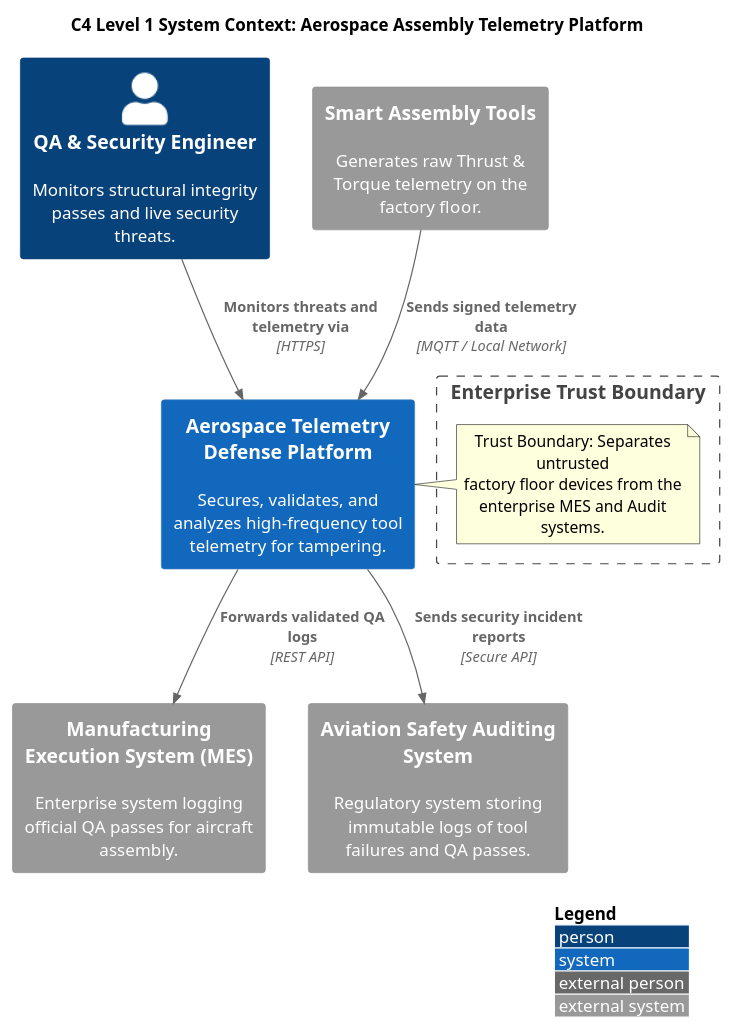
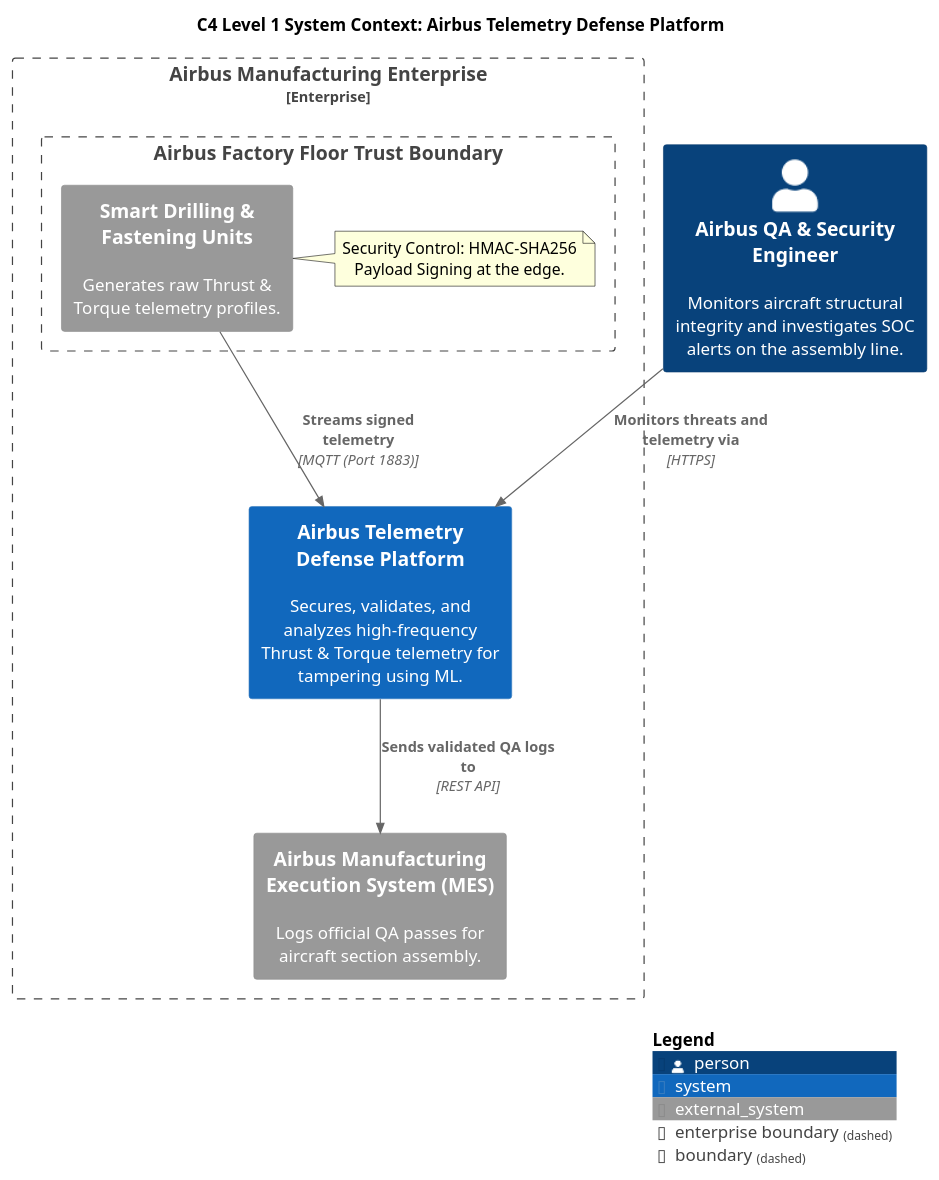
One commit to metgudV/CyberSecurity changed the diagram in diagrams/c4-context.puml. Above: the diagram before and after it, drawn with PlantUML. The commit also changed other lines of this file, not shown here.

```diff
--- a/diagrams/c4-context.puml
+++ b/diagrams/c4-context.puml
@@ -1,26 +1,26 @@
 @startuml
 !include https://raw.githubusercontent.com/plantuml-stdlib/C4-PlantUML/master/C4_Context.puml
-LAYOUT_WITH_LEGEND()
 
-title C4 Level 1 System Context: Aerospace Assembly Telemetry Platform
+title C4 Level 1 System Context: Airbus Telemetry Defense Platform
 
-Person(qaEngineer, "QA & Security Engineer", "Monitors structural integrity passes and live security threats.")
-System(telemetryPlatform, "Aerospace Telemetry Defense Platform", "Secures, validates, and analyzes high-frequency tool telemetry for tampering.")
+Person(qaEngineer, "Airbus QA & Security Engineer", "Monitors aircraft structural integrity and investigates SOC alerts on the assembly line.")
 
-System_Ext(smartTools, "Smart Assembly Tools", "Generates raw Thrust & Torque telemetry on the factory floor.")
-System_Ext(mes, "Manufacturing Execution System (MES)", "Enterprise system logging official QA passes for aircraft assembly.")
-System_Ext(aviationAudit, "Aviation Safety Auditing System", "Regulatory system storing immutable logs of tool failures and QA passes.")
+Enterprise_Boundary(enterprise, "Airbus Manufacturing Enterprise") {
+    System(telemetryPlatform, "Airbus Telemetry Defense Platform", "Secures, validates, and analyzes high-frequency Thrust & Torque telemetry for tampering using ML.")
+    System_Ext(mes, "Airbus Manufacturing Execution System (MES)", "Logs official QA passes for aircraft section assembly.")
+    
+    Boundary(factoryBoundary, "Airbus Factory Floor Trust Boundary") {
+        System_Ext(smartTools, "Smart Drilling & Fastening Units", "Generates raw Thrust & Torque telemetry profiles.")
+        Note right of smartTools
+            Security Control: HMAC-SHA256 
+            Payload Signing at the edge.
+        End note
+    }
+}
 
-Rel(qaEngineer, telemetryPlatform, "Monitors threats and telemetry via", "HTTPS")
-Rel(smartTools, telemetryPlatform, "Sends signed telemetry data", "MQTT / Local Network")
-Rel(telemetryPlatform, mes, "Forwards validated QA logs", "REST API")
-Rel(telemetryPlatform, aviationAudit, "Sends security incident reports", "Secure API")
+Rel_D(qaEngineer, telemetryPlatform, "Monitors threats and telemetry via", "HTTPS")
+Rel(telemetryPlatform, mes, "Sends validated QA logs to", "REST API")
+Rel(smartTools, telemetryPlatform, "Streams signed telemetry", "MQTT (Port 1883)")
 
-Boundary(trustBoundary, "Enterprise Trust Boundary") {
-    Note right of telemetryPlatform
-      Trust Boundary: Separates untrusted 
-      factory floor devices from the 
-      enterprise MES and Audit systems.
-    End note
-}
+SHOW_LEGEND()
 @enduml
```
